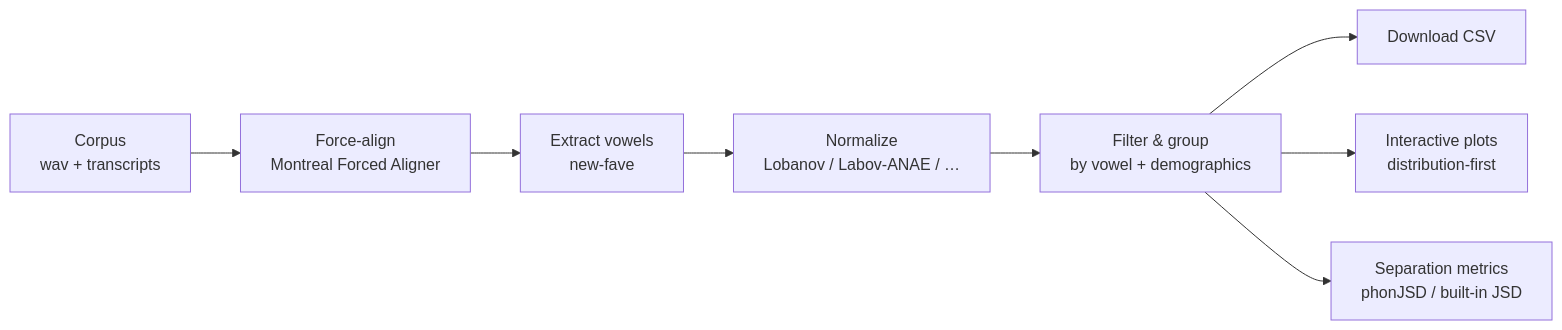
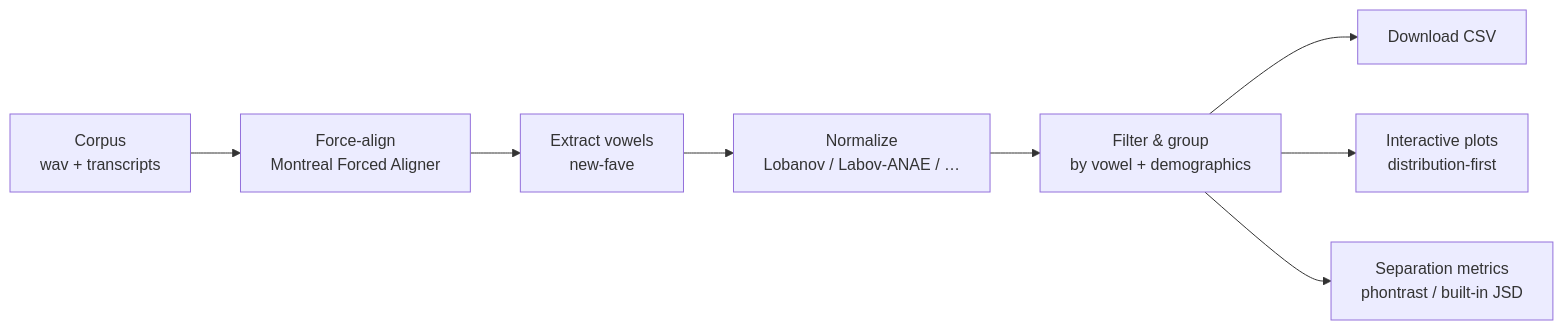
Before and after one commit to berrygrant/vowelchemy: the diagram in README.md, drawn with Mermaid. The commit also changed other lines of this file and 51 other files, not shown here.

````diff
--- a/README.md
+++ b/README.md
@@ -12,10 +12,10 @@
 ```mermaid
 flowchart LR
     A[Corpus<br/>wav + transcripts] --> B[Force-align<br/>Montreal Forced Aligner]
     B --> C[Extract vowels<br/>new-fave]
     C --> D[Normalize<br/>Lobanov / Labov-ANAE / …]
     D --> E[Filter & group<br/>by vowel + demographics]
     E --> F[Download CSV]
     E --> G[Interactive plots<br/>distribution-first]
-    E --> H[Separation metrics<br/>phonJSD / built-in JSD]
+    E --> H[Separation metrics<br/>phontrast / built-in JSD]
 ```
````
